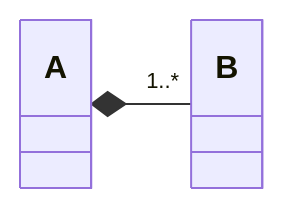
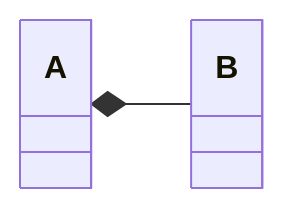
The second of 8 diagrams in Other/UML/README.md (ardi-orrorin/DevStudy), drawn with Mermaid before and after one commit. The commit also changed other lines of this file and 3 other files, not shown here.

````diff
--- a/Other/UML/README.md
+++ b/Other/UML/README.md
@@ -27,9 +29,9 @@
 ```mermaid
 classDiagram
     direction LR
     class A {
     }
     class B {
     }
-    A*-- "1..*" B
+    A *-- B
 ```
````
